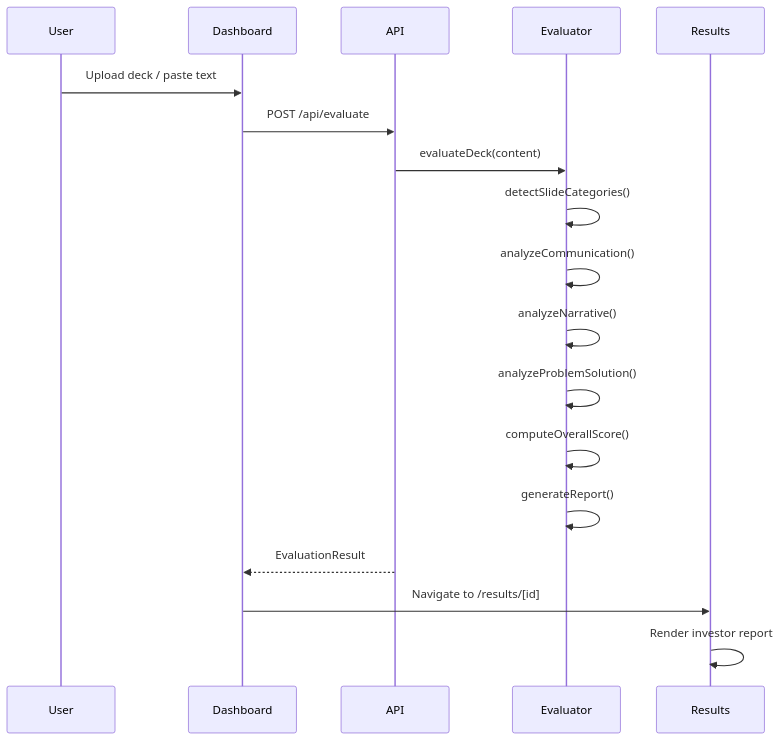
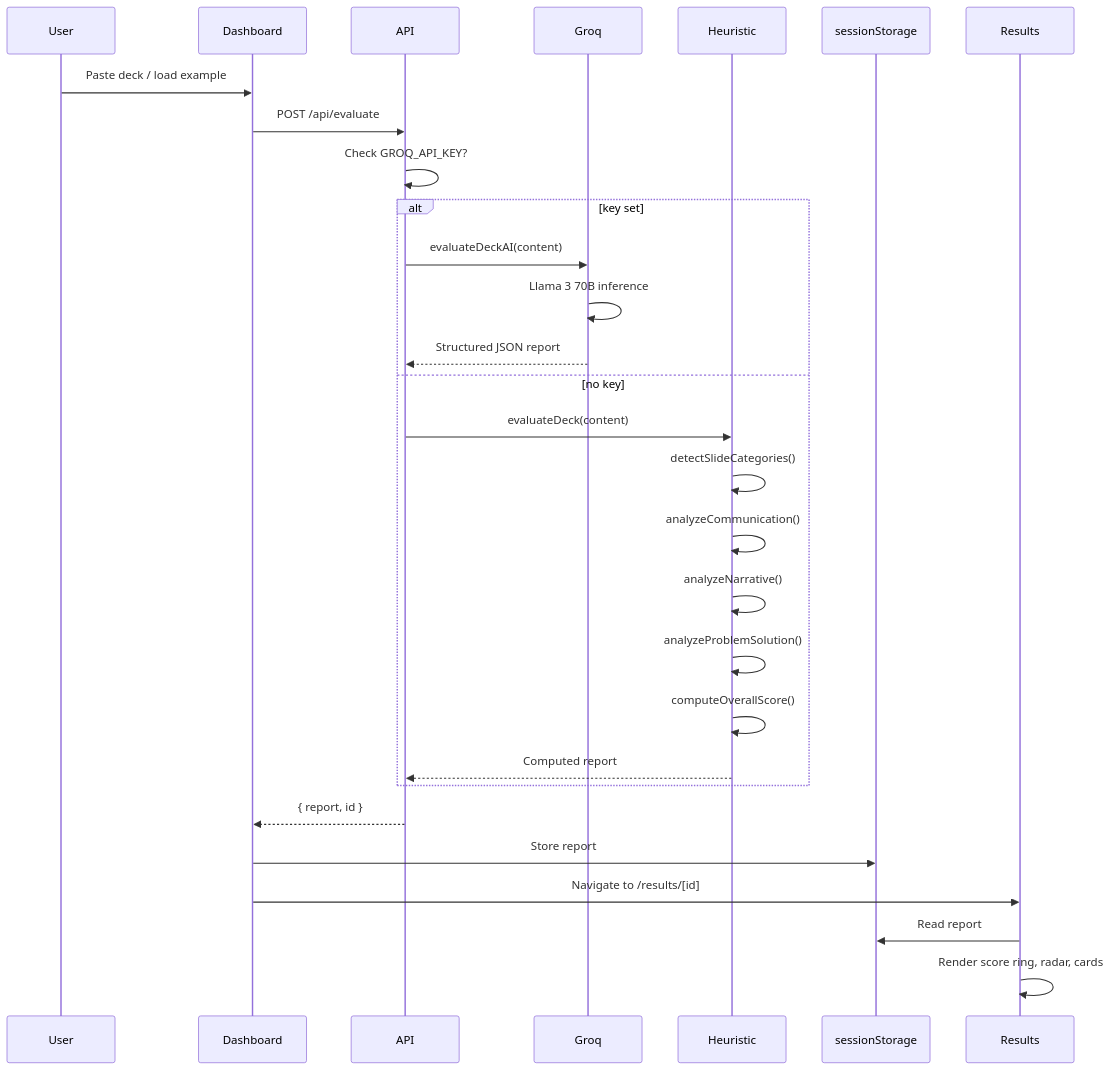
The second of 3 diagrams in ARCHITECTURE.md (Karim1412/venturelens), drawn with Mermaid before and after one commit. The commit also changed other lines of this file and 1 other file, not shown here.

Commit message:
Update architecture and folder structure for Groq AI

````diff
--- a/ARCHITECTURE.md
+++ b/ARCHITECTURE.md
@@ -47,15 +49,24 @@
 ```mermaid
 sequenceDiagram
-    User->>Dashboard: Upload deck / paste text
+    User->>Dashboard: Paste deck / load example
     Dashboard->>API: POST /api/evaluate
-    API->>Evaluator: evaluateDeck(content)
-    Evaluator->>Evaluator: detectSlideCategories()
-    Evaluator->>Evaluator: analyzeCommunication()
-    Evaluator->>Evaluator: analyzeNarrative()
-    Evaluator->>Evaluator: analyzeProblemSolution()
-    Evaluator->>Evaluator: computeOverallScore()
-    Evaluator->>Evaluator: generateReport()
-    API-->>Dashboard: EvaluationResult
+    API->>API: Check GROQ_API_KEY?
+    alt key set
+        API->>Groq: evaluateDeckAI(content)
+        Groq->>Groq: Llama 3 70B inference
+        Groq-->>API: Structured JSON report
+    else no key
+        API->>Heuristic: evaluateDeck(content)
+        Heuristic->>Heuristic: detectSlideCategories()
+        Heuristic->>Heuristic: analyzeCommunication()
+        Heuristic->>Heuristic: analyzeNarrative()
+        Heuristic->>Heuristic: analyzeProblemSolution()
+        Heuristic->>Heuristic: computeOverallScore()
+        Heuristic-->>API: Computed report
+    end
+    API-->>Dashboard: { report, id }
+    Dashboard->>sessionStorage: Store report
     Dashboard->>Results: Navigate to /results/[id]
-    Results->>Results: Render investor report
+    Results->>sessionStorage: Read report
+    Results->>Results: Render score ring, radar, cards
 ```
````
